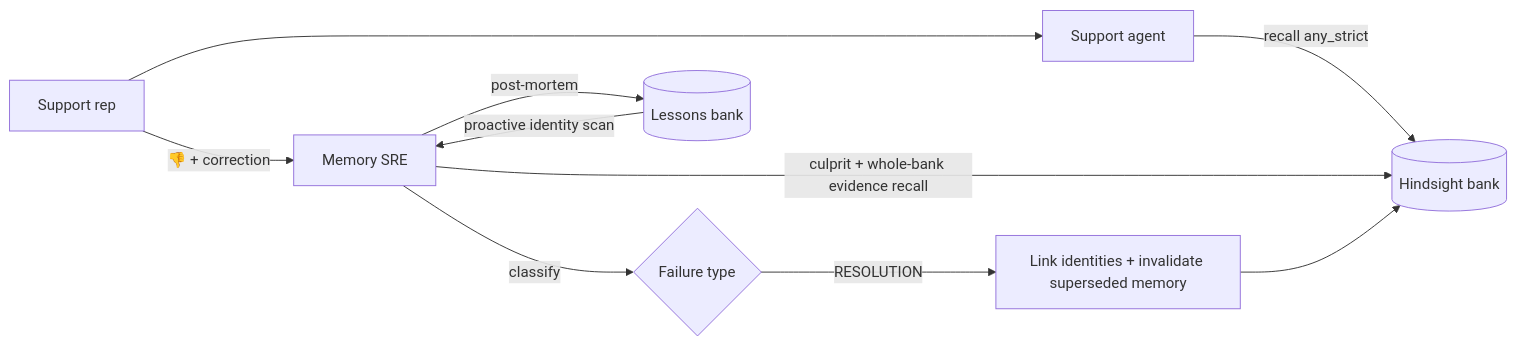
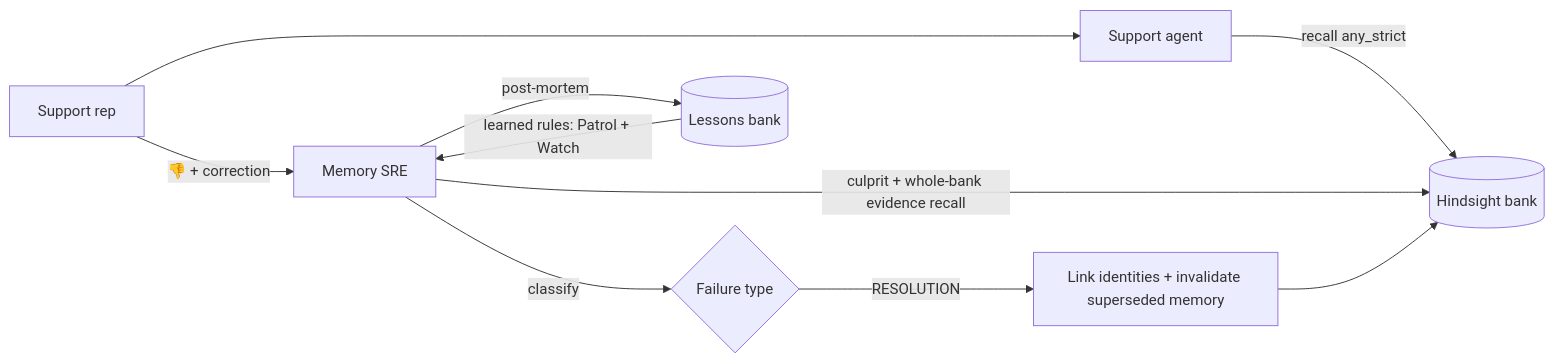
One commit to 079Sathya/hindsight-agent changed the first of 2 diagrams in README.md. Above: the diagram before and after it, drawn with Mermaid. The commit also changed other lines of this file and 2 other files, not shown here.

First line of the commit message:
Phase 6: agent architecture + how it learns docs, Reject pattern, live walkthrough

````diff
--- a/README.md
+++ b/README.md
@@ -41,11 +43,11 @@
 ```mermaid
 flowchart LR
   Rep[Support rep] --> Agent[Support agent] -->|recall any_strict| HS[(Hindsight bank)]
   Rep -- 👎 + correction --> SRE[Memory SRE]
   SRE -->|culprit + whole-bank evidence recall| HS
   SRE -->|classify| Tax{Failure type}
   Tax -->|RESOLUTION| Link[Link identities + invalidate superseded memory]
   Link --> HS
   SRE -->|post-mortem| LB[(Lessons bank)]
-  LB -->|proactive identity scan| SRE
+  LB -->|learned rules: Patrol + Watch| SRE
 ```
````
